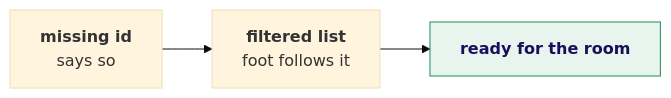
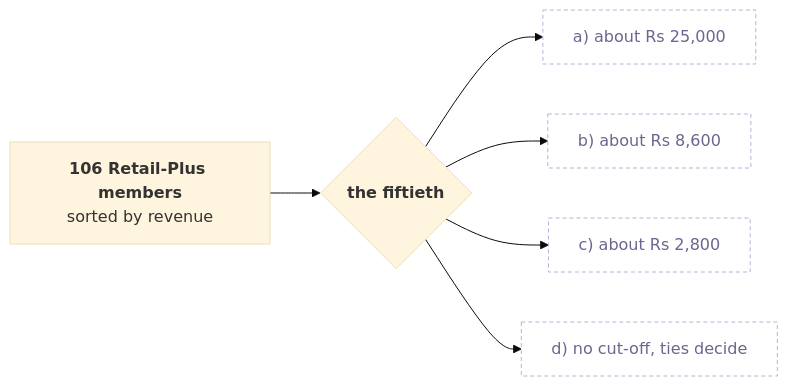
Diagram 17 of 26 in content/W02/D5/slides/C2_W02_D05_half1_STUDENT.md (fde-academy-lab/c2-content-factory), drawn with Mermaid (base theme) before and after one commit. The commit also changed other lines of this file and 5 other files, not shown here.

````diff
--- a/content/W02/D5/slides/C2_W02_D05_half1_STUDENT.md
+++ b/content/W02/D5/slides/C2_W02_D05_half1_STUDENT.md
@@ -572,6 +912,10 @@
 ```mermaid
 flowchart LR
-    A["<b>missing id</b><br/>says so"] --> B["<b>filtered list</b><br/>foot follows it"] --> C["<b>ready for the room</b>"]
-    classDef good fill:#E8F5EE,stroke:#1F8A5B,color:#1A0F5C
-    class C good
+    T["<b>106 Retail-Plus members</b><br/>sorted by revenue"] --> Q{"<b>the fiftieth</b>"}
+    Q --> A["a) about Rs 25,000"]
+    Q --> B["b) about Rs 8,600"]
+    Q --> C["c) about Rs 2,800"]
+    Q --> D["d) no cut-off, ties decide"]
+    classDef unknown fill:#FFFFFF,stroke:#B8B2D6,color:#6B6690,stroke-dasharray:4 3
+    class A,B,C,D unknown
 ```
````
